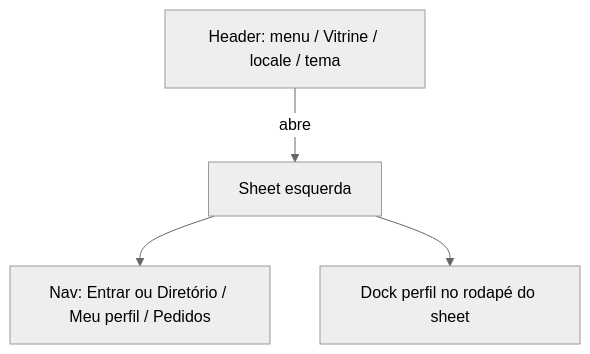
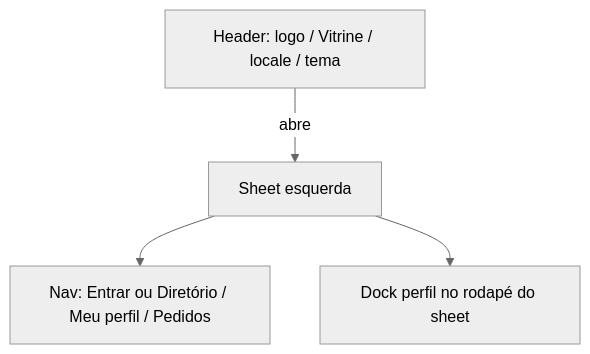
One commit to colabcolibri/comuna changed the second of 2 diagrams in docs/09_design_system.md. Above: the diagram before and after it, drawn with Mermaid (neutral theme). The commit also changed other lines of this file and 8 other files, not shown here.

````diff
--- a/docs/09_design_system.md
+++ b/docs/09_design_system.md
@@ -105,7 +105,7 @@
 ```mermaid
 flowchart TB
-    H[Header: menu / Vitrine / locale / tema]
+    H[Header: logo / Vitrine / locale / tema]
     H -->|abre| SH[Sheet esquerda]
     SH --> N[Nav: Entrar ou Diretório / Meu perfil / Pedidos]
     SH --> PF[Dock perfil no rodapé do sheet]
 ```
````
